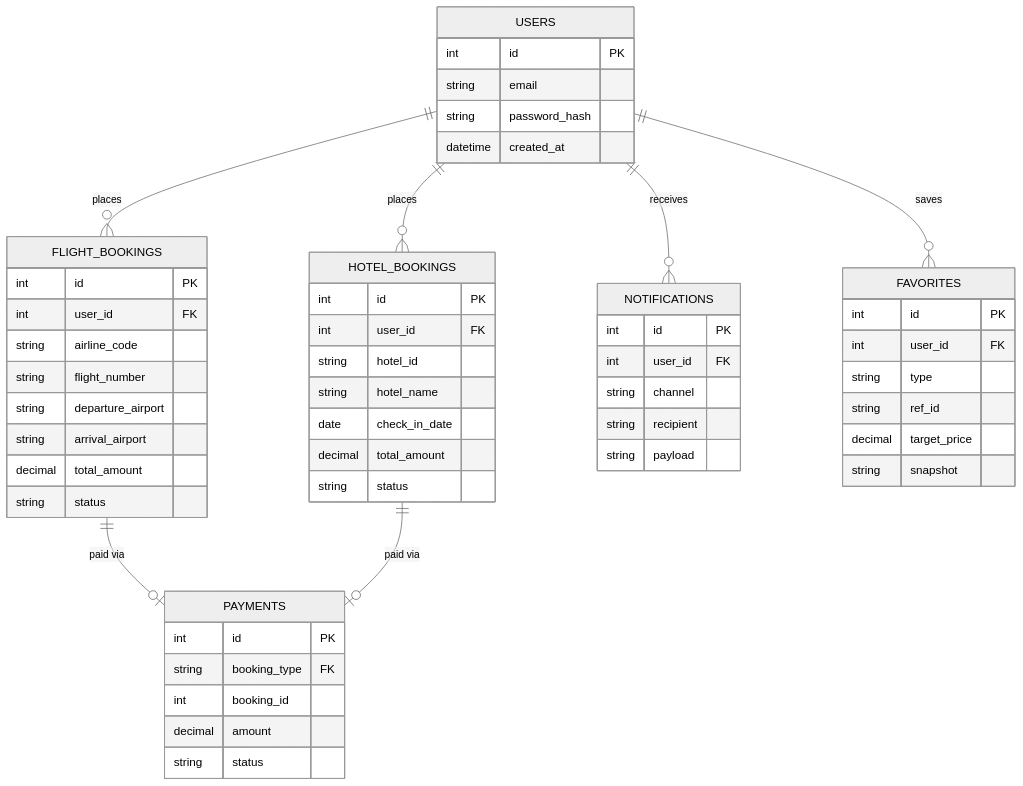
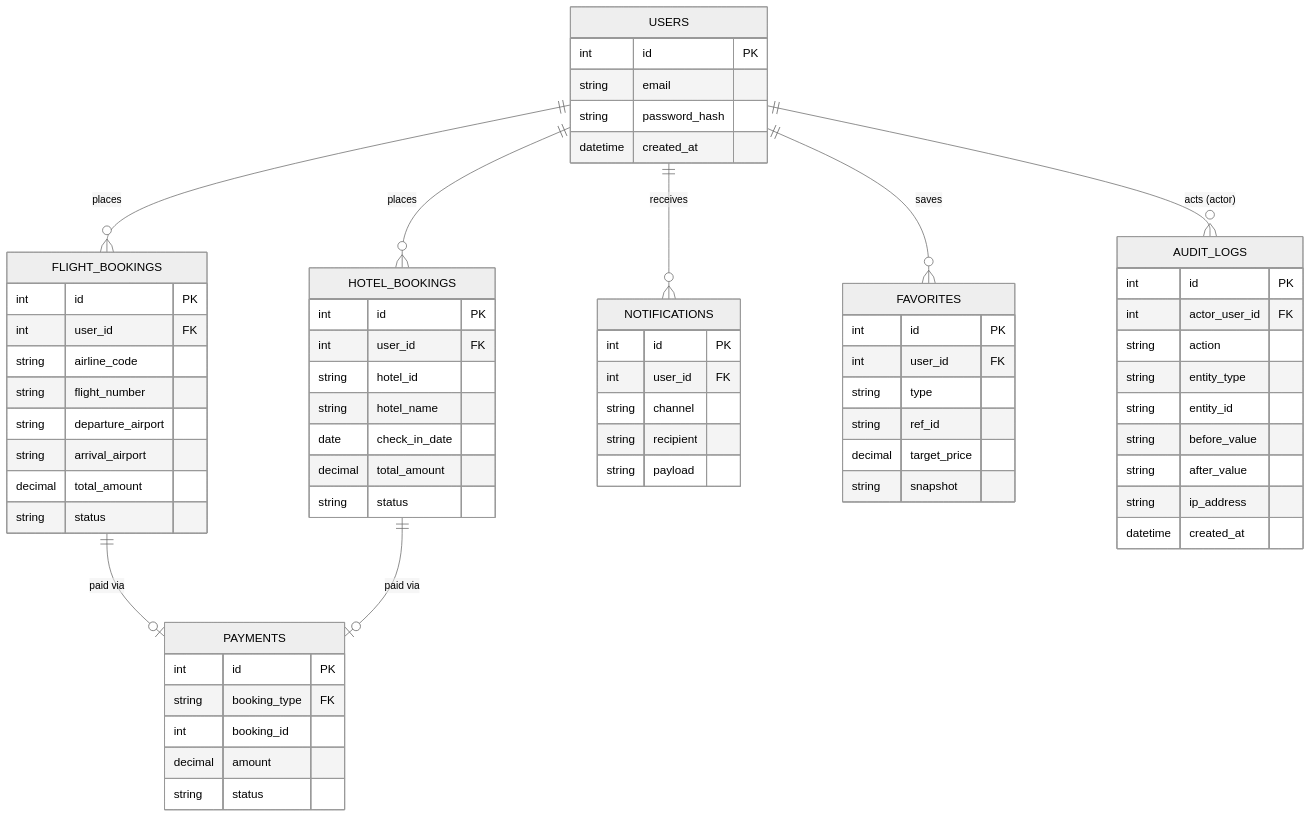
Before and after one commit to SaraMagdyAbdelhamed/booking_project_nodejs: the first of 12 diagrams in README.md, drawn with Mermaid (neutral theme). The commit also changed other lines of this file, not shown here.

````diff
--- a/README.md
+++ b/README.md
@@ -71,62 +74,75 @@
 ```mermaid
 erDiagram
     USERS ||--o{ FLIGHT_BOOKINGS : places
     USERS ||--o{ HOTEL_BOOKINGS : places
     USERS ||--o{ NOTIFICATIONS : receives
     USERS ||--o{ FAVORITES : saves
+    USERS ||--o{ AUDIT_LOGS : "acts (actor)"
     FLIGHT_BOOKINGS ||--o| PAYMENTS : "paid via"
     HOTEL_BOOKINGS ||--o| PAYMENTS : "paid via"
 
     USERS {
         int id PK
         string email
         string password_hash
         datetime created_at
     }
 
     FLIGHT_BOOKINGS {
         int id PK
         int user_id FK
         string airline_code
         string flight_number
         string departure_airport
         string arrival_airport
         decimal total_amount
         string status
     }
 
     HOTEL_BOOKINGS {
         int id PK
         int user_id FK
         string hotel_id
         string hotel_name
         date check_in_date
         decimal total_amount
         string status
     }
 
     PAYMENTS {
         int id PK
         string booking_type FK
         int booking_id
         decimal amount
         string status
     }
 
     NOTIFICATIONS {
         int id PK
         int user_id FK
         string channel
         string recipient
         string payload
     }
 
     FAVORITES {
         int id PK
         int user_id FK
         string type
         string ref_id
         decimal target_price
         string snapshot
     }
+
+    AUDIT_LOGS {
+        int id PK
+        int actor_user_id FK
+        string action
+        string entity_type
+        string entity_id
+        string before_value
+        string after_value
+        string ip_address
+        datetime created_at
+    }
 ```
````
